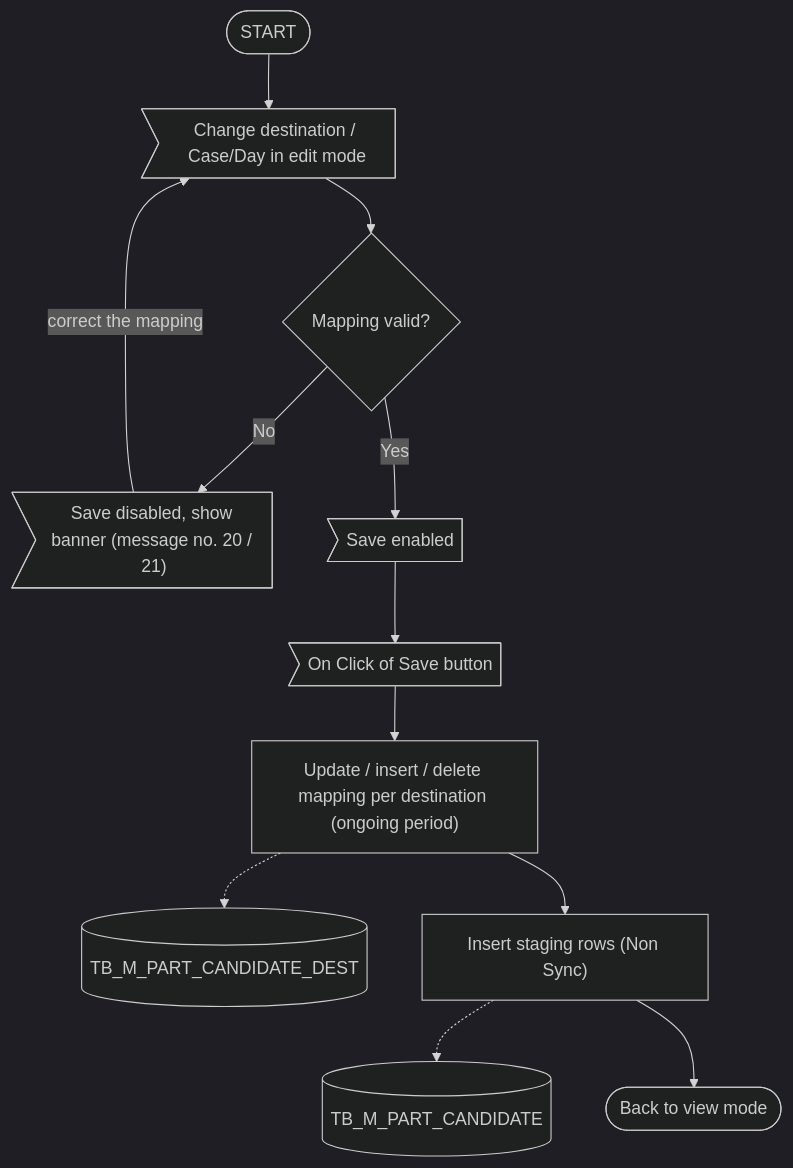
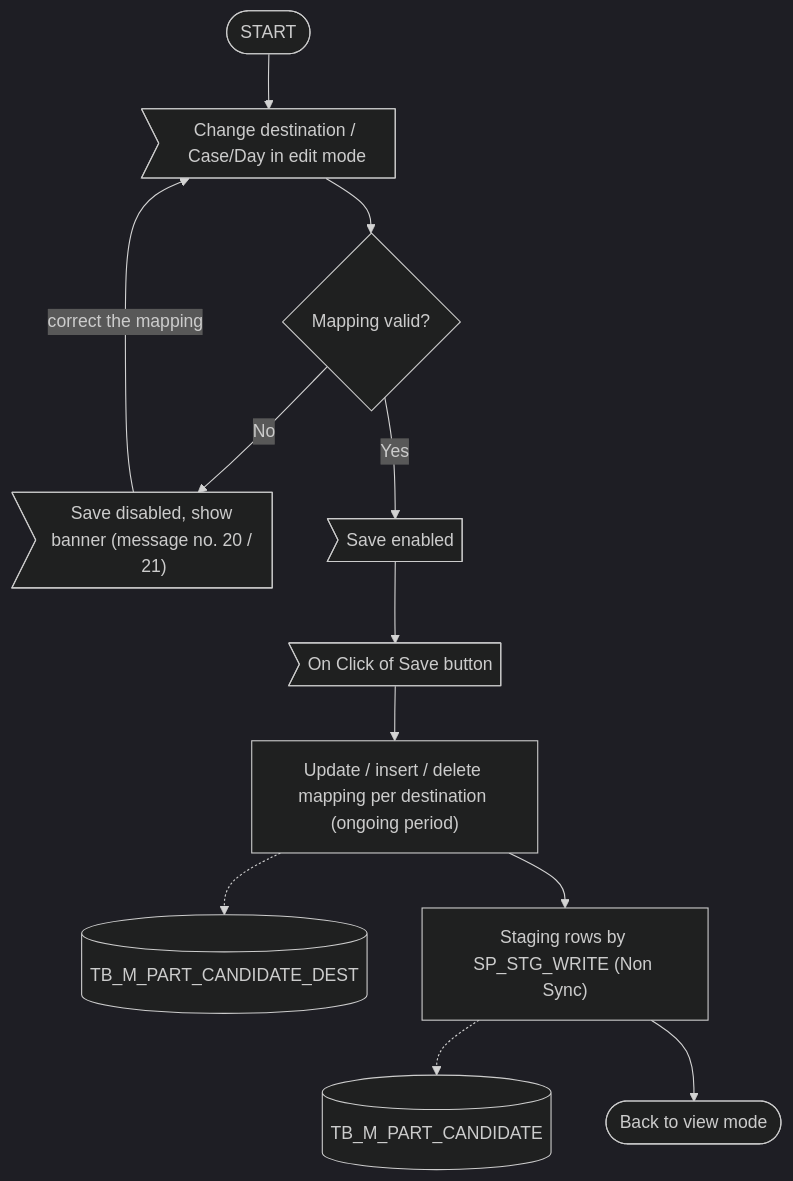
The fifth of 5 diagrams in prepare_code/uiss/XD01_Screen_CrossDockPartMaster.md (ivanrayhannn/crossdockpoc), drawn with Mermaid (dark theme) before and after one commit. The commit also changed other lines of this file and 63 other files, not shown here.

First line of the commit message:
UISS XD01-XD03, XD05-XD07: staging per target, Period, RPA parent flow

````diff
--- a/prepare_code/uiss/XD01_Screen_CrossDockPartMaster.md
+++ b/prepare_code/uiss/XD01_Screen_CrossDockPartMaster.md
@@ -239,25 +240,25 @@
 ```mermaid
 flowchart TB
   s(["START"])
   e1>"Change destination / Case/Day in edit mode"]
   d1{"Mapping valid?"}
   m1>"Save disabled, show banner (message no. 20 / 21)"]
   m2>"Save enabled"]
   e2>"On Click of Save button"]
   p1["Update / insert / delete mapping per destination (ongoing period)"]
   db[("TB_M_PART_CANDIDATE_DEST")]
-  p2["Insert staging rows (Non Sync)"]
+  p2["Staging rows by SP_STG_WRITE (Non Sync)"]
   db2[("TB_M_PART_CANDIDATE")]
   x(["Back to view mode"])
   s --> e1
   e1 --> d1
   d1 -->|No| m1
   m1 -->|correct the mapping| e1
   d1 -->|Yes| m2
   m2 --> e2
   e2 --> p1
   p1 -.-> db
   p1 --> p2
   p2 -.-> db2
   p2 --> x
 ```
````
